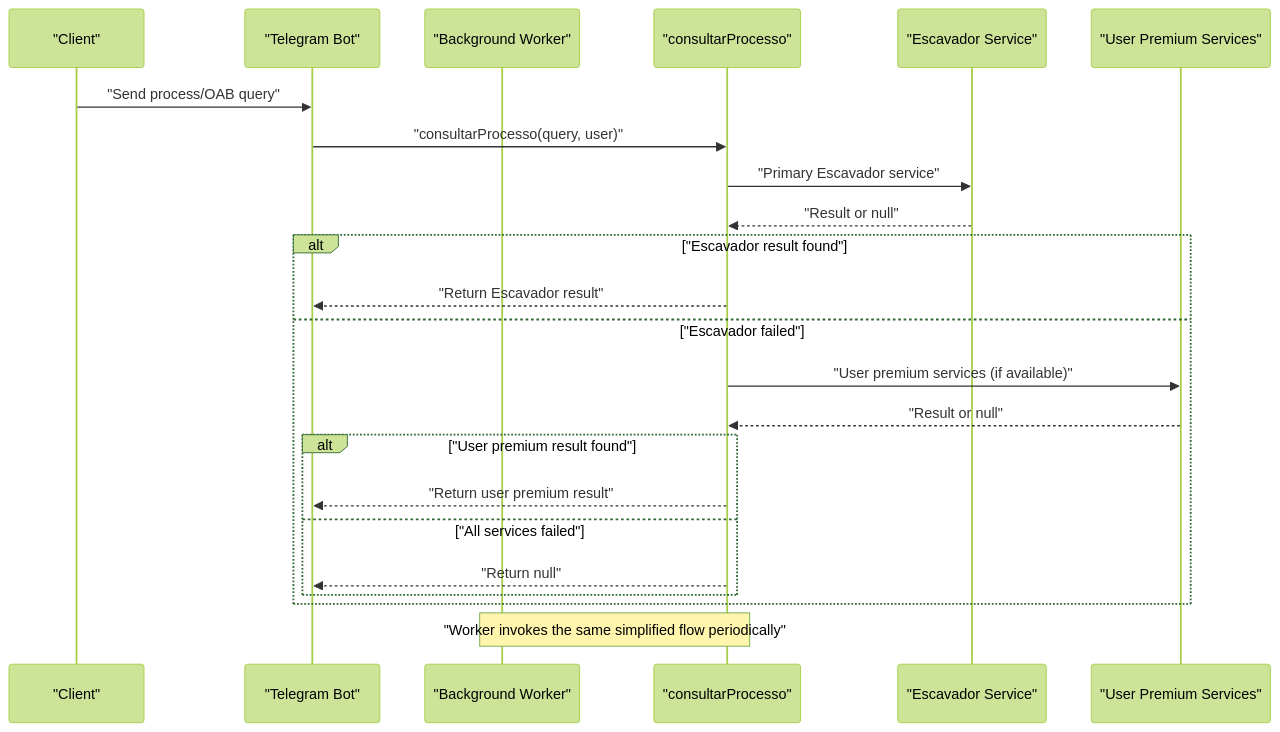
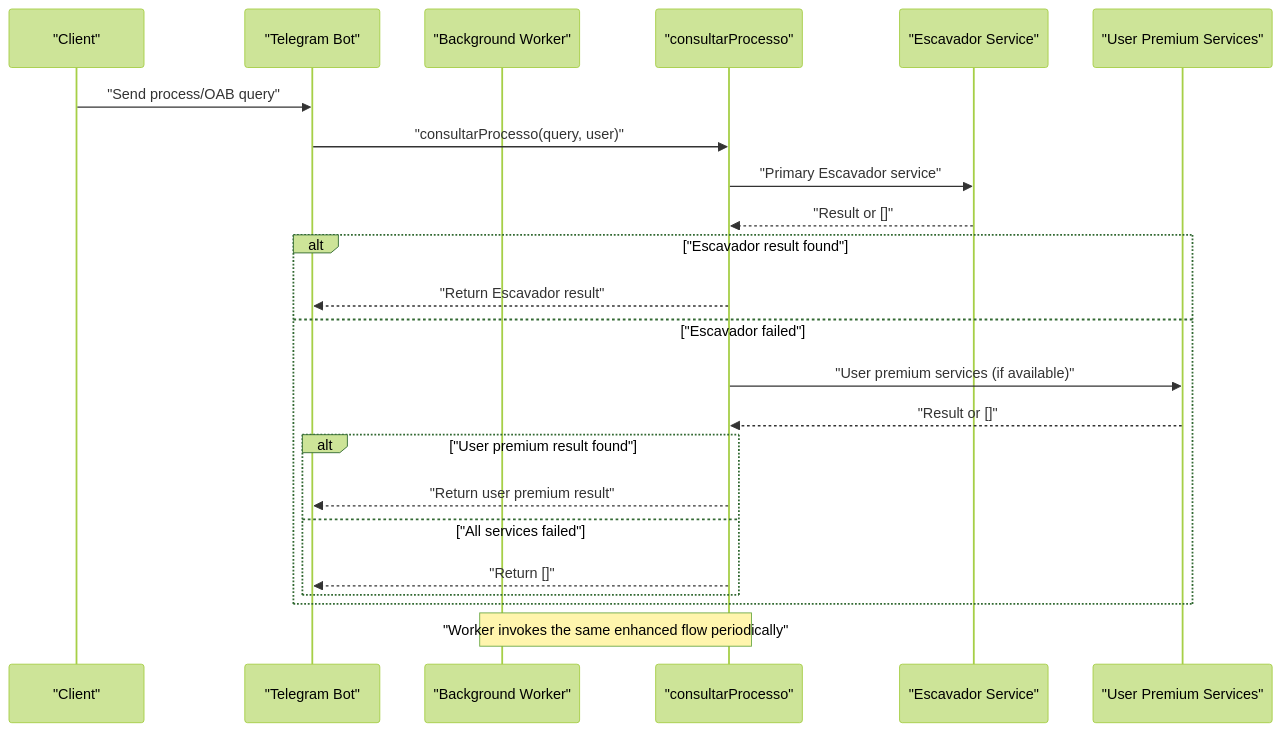
The second of 5 diagrams in .qoder/repowiki/en/content/API Integration Layer/Tiered Access Strategy.md (Alexandrexicara/bot-processos), drawn with Mermaid (forest theme) before and after one commit. The commit also changed other lines of this file and 5 other files, not shown here.

````diff
--- a/.qoder/repowiki/en/content/API Integration Layer/Tiered Access Strategy.md
+++ b/.qoder/repowiki/en/content/API Integration Layer/Tiered Access Strategy.md
@@ -128,25 +129,25 @@
 ```mermaid
 sequenceDiagram
 participant Client as "Client"
 participant Bot as "Telegram Bot"
 participant Worker as "Background Worker"
 participant API as "consultarProcesso"
 participant Escavador as "Escavador Service"
 participant UserPremium as "User Premium Services"
 Client->>Bot : "Send process/OAB query"
 Bot->>API : "consultarProcesso(query, user)"
 API->>Escavador : "Primary Escavador service"
-Escavador-->>API : "Result or null"
+Escavador-->>API : "Result or []"
 alt "Escavador result found"
 API-->>Bot : "Return Escavador result"
 else "Escavador failed"
 API->>UserPremium : "User premium services (if available)"
-UserPremium-->>API : "Result or null"
+UserPremium-->>API : "Result or []"
 alt "User premium result found"
 API-->>Bot : "Return user premium result"
 else "All services failed"
-API-->>Bot : "Return null"
+API-->>Bot : "Return []"
 end
 end
-Note over Worker,API : "Worker invokes the same simplified flow periodically"
+Note over Worker,API : "Worker invokes the same enhanced flow periodically"
 ```
````
